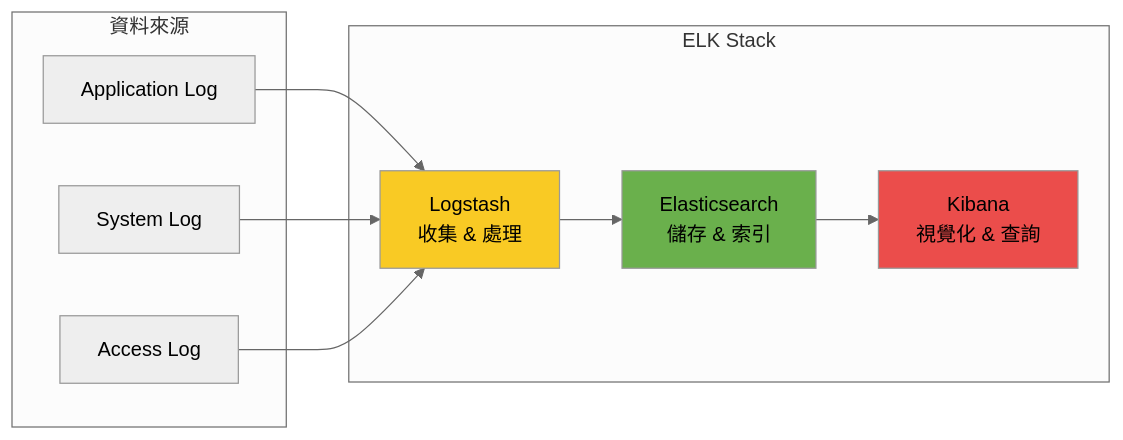
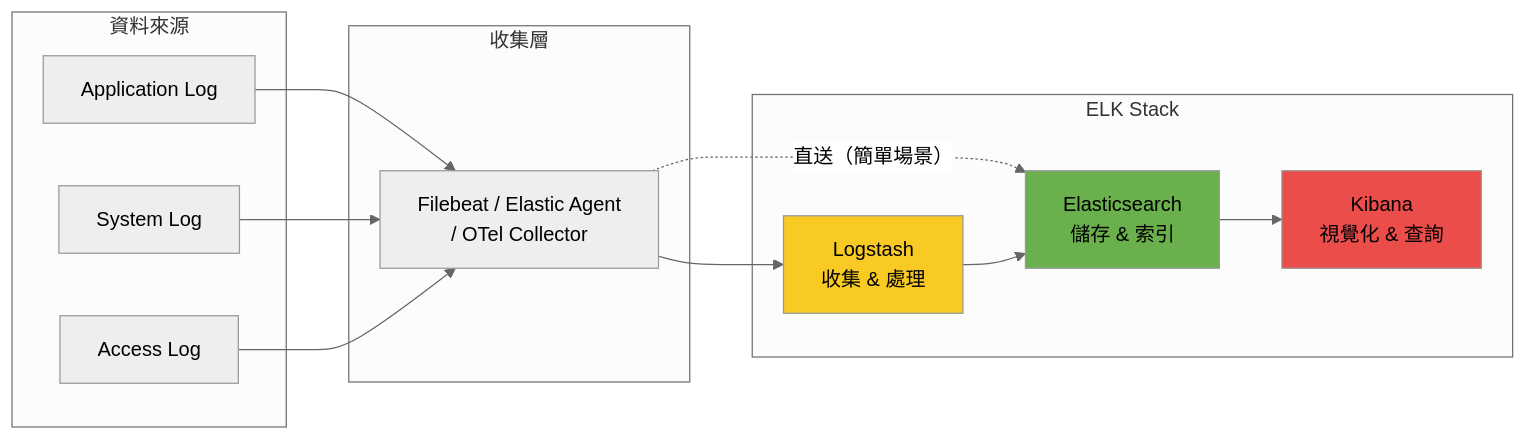
One commit to chihhung/Blog changed the third of 28 diagrams in content/posts/教學/工具/ELK-Stack教學手冊.md. Above: the diagram before and after it, drawn with Mermaid (neutral theme). The commit also changed other lines of this file and 8 other files, not shown here.

````diff
--- a/content/posts/教學/工具/ELK-Stack教學手冊.md
+++ b/content/posts/教學/工具/ELK-Stack教學手冊.md
@@ -174,24 +446,30 @@
 ```mermaid
 graph LR
     subgraph "資料來源"
         A1[Application Log]
         A2[System Log]
         A3[Access Log]
     end
-    
+
+    subgraph "收集層"
+        B[Filebeat / Elastic Agent<br/>/ OTel Collector]
+    end
+
     subgraph "ELK Stack"
         L[Logstash<br/>收集 & 處理]
         E[Elasticsearch<br/>儲存 & 索引]
         K[Kibana<br/>視覺化 & 查詢]
     end
-    
-    A1 --> L
-    A2 --> L
-    A3 --> L
+
+    A1 --> B
+    A2 --> B
+    A3 --> B
+    B --> L
+    B -.->|"直送（簡單場景）"| E
     L --> E
     E --> K
-    
+
     style L fill:#f9ca24
     style E fill:#6ab04c
     style K fill:#eb4d4b
 ```
````
